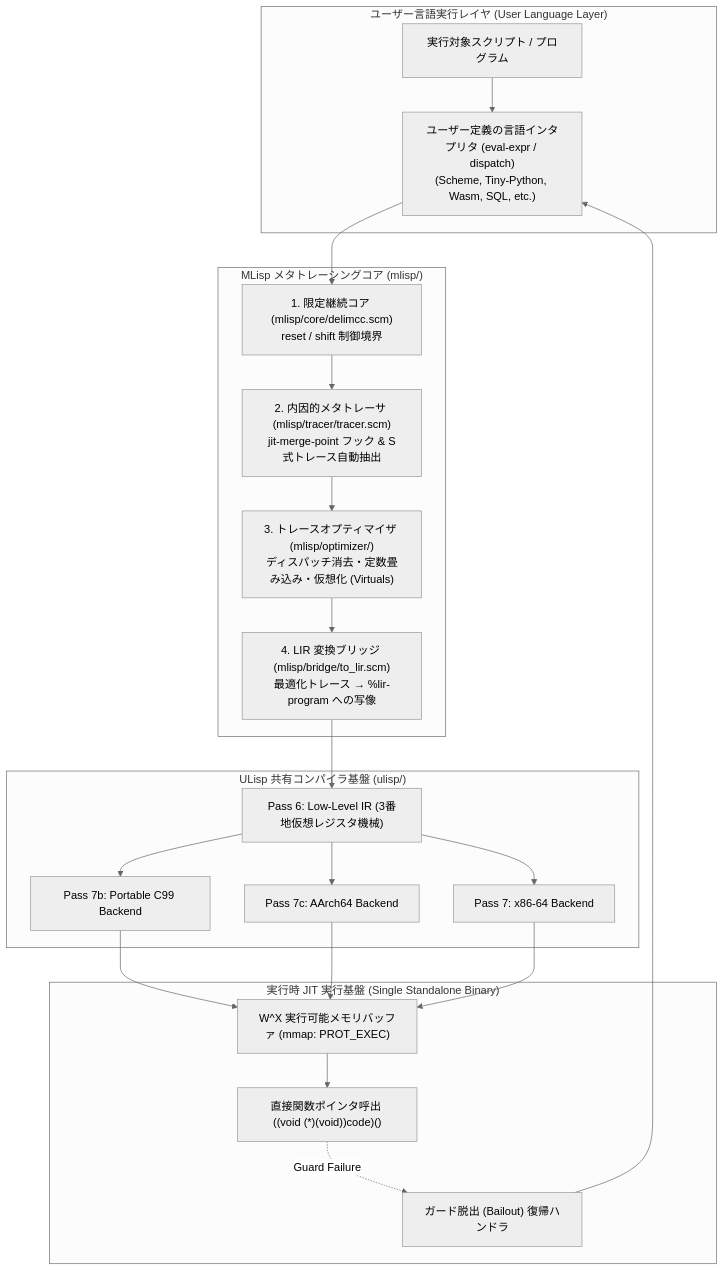
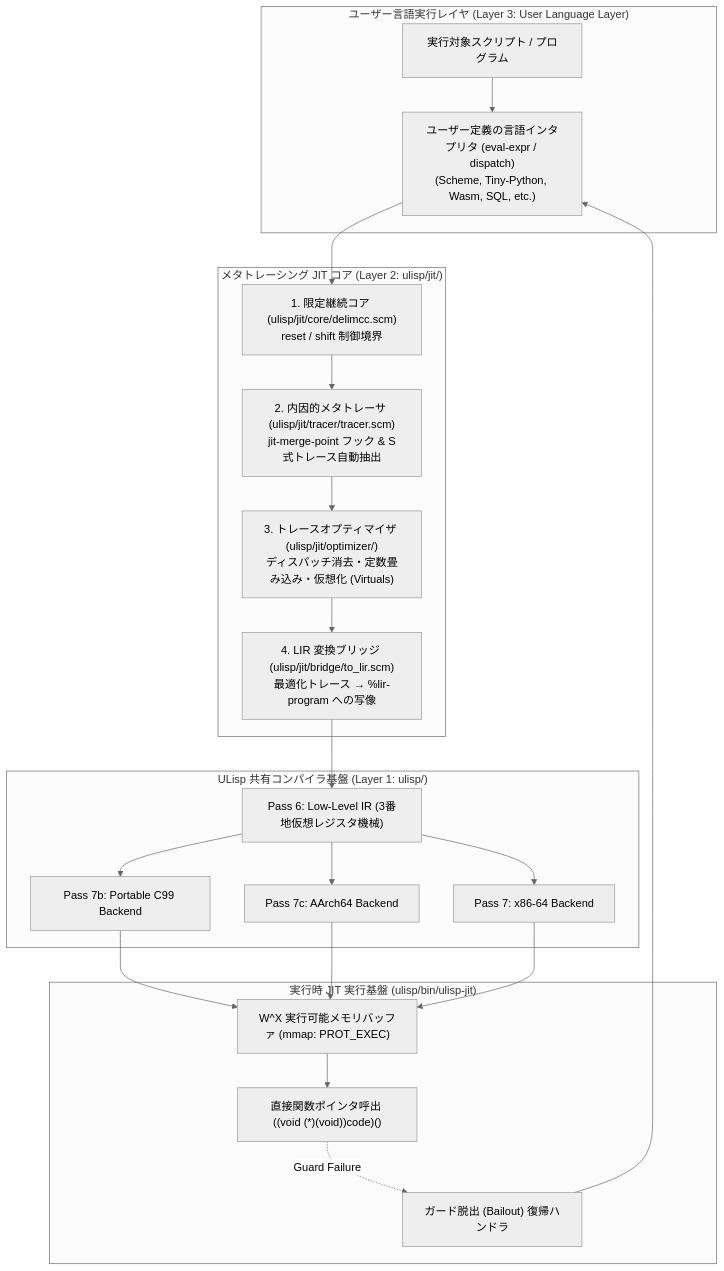
Before and after one commit to rokujyouhitoma/arxiv-security-papers: the first of 2 diagrams in docs/designs/DSN-34-mlisp_endogenous_meta_tracing_jit_architecture_specification.md, drawn with Mermaid (neutral theme). The commit also changed other lines of this file and 28 other files, not shown here.

Commit message:
refactor(ulisp): eliminate mlisp directory and consolidate into unified rpython framework (Issue #514)

````diff
--- a/docs/designs/DSN-34-mlisp_endogenous_meta_tracing_jit_architecture_specification.md
+++ b/docs/designs/DSN-34-mlisp_endogenous_meta_tracing_jit_architecture_specification.md
@@ -77,38 +85,38 @@
 ```mermaid
 flowchart TD
-    subgraph UserSpace ["ユーザー言語実行レイヤ (User Language Layer)"]
+    subgraph UserSpace ["ユーザー言語実行レイヤ (Layer 3: User Language Layer)"]
         INTERP["ユーザー定義の言語インタプリタ (eval-expr / dispatch)<br/>(Scheme, Tiny-Python, Wasm, SQL, etc.)"]
         USER_CODE["実行対象スクリプト / プログラム"]
     end
 
-    subgraph MLispCore ["MLisp メタトレーシングコア (mlisp/)"]
-        DELIM["1. 限定継続コア (mlisp/core/delimcc.scm)<br/>reset / shift 制御境界"]
-        TRACER["2. 内因的メタトレーサ (mlisp/tracer/tracer.scm)<br/>jit-merge-point フック & S式トレース自動抽出"]
-        OPT["3. トレースオプティマイザ (mlisp/optimizer/)<br/>ディスパッチ消去・定数畳み込み・仮想化 (Virtuals)"]
-        BRIDGE["4. LIR 変換ブリッジ (mlisp/bridge/to_lir.scm)<br/>最適化トレース → %lir-program への写像"]
+    subgraph JITCore ["メタトレーシング JIT コア (Layer 2: ulisp/jit/)"]
+        DELIM["1. 限定継続コア (ulisp/jit/core/delimcc.scm)<br/>reset / shift 制御境界"]
+        TRACER["2. 内因的メタトレーサ (ulisp/jit/tracer/tracer.scm)<br/>jit-merge-point フック & S式トレース自動抽出"]
+        OPT["3. トレースオプティマイザ (ulisp/jit/optimizer/)<br/>ディスパッチ消去・定数畳み込み・仮想化 (Virtuals)"]
+        BRIDGE["4. LIR 変換ブリッジ (ulisp/jit/bridge/to_lir.scm)<br/>最適化トレース → %lir-program への写像"]
     end
 
-    subgraph ULispCore ["ULisp 共有コンパイラ基盤 (ulisp/)"]
+    subgraph ULispCore ["ULisp 共有コンパイラ基盤 (Layer 1: ulisp/)"]
         LIR["Pass 6: Low-Level IR (3番地仮想レジスタ機械)"]
         BACK_C["Pass 7b: Portable C99 Backend"]
         BACK_ARM["Pass 7c: AArch64 Backend"]
         BACK_X86["Pass 7: x86-64 Backend"]
     end
 
-    subgraph JITRuntime ["実行時 JIT 実行基盤 (Single Standalone Binary)"]
+    subgraph JITRuntime ["実行時 JIT 実行基盤 (ulisp/bin/ulisp-jit)"]
         EXEC_MEM["W^X 実行可能メモリバッファ (mmap: PROT_EXEC)"]
         NATIVE_CALL["直接関数ポインタ呼出 ((void (*)(void))code)()"]
         BAILOUT["ガード脱出 (Bailout) 復帰ハンドラ"]
     end
 
     USER_CODE --> INTERP
     INTERP --> DELIM --> TRACER
     TRACER --> OPT --> BRIDGE
     BRIDGE --> LIR
     LIR --> BACK_C & BACK_ARM & BACK_X86
     BACK_C --> EXEC_MEM
     BACK_ARM --> EXEC_MEM
     BACK_X86 --> EXEC_MEM
     EXEC_MEM --> NATIVE_CALL
     NATIVE_CALL -.->|"Guard Failure"| BAILOUT --> INTERP
 ```
````
